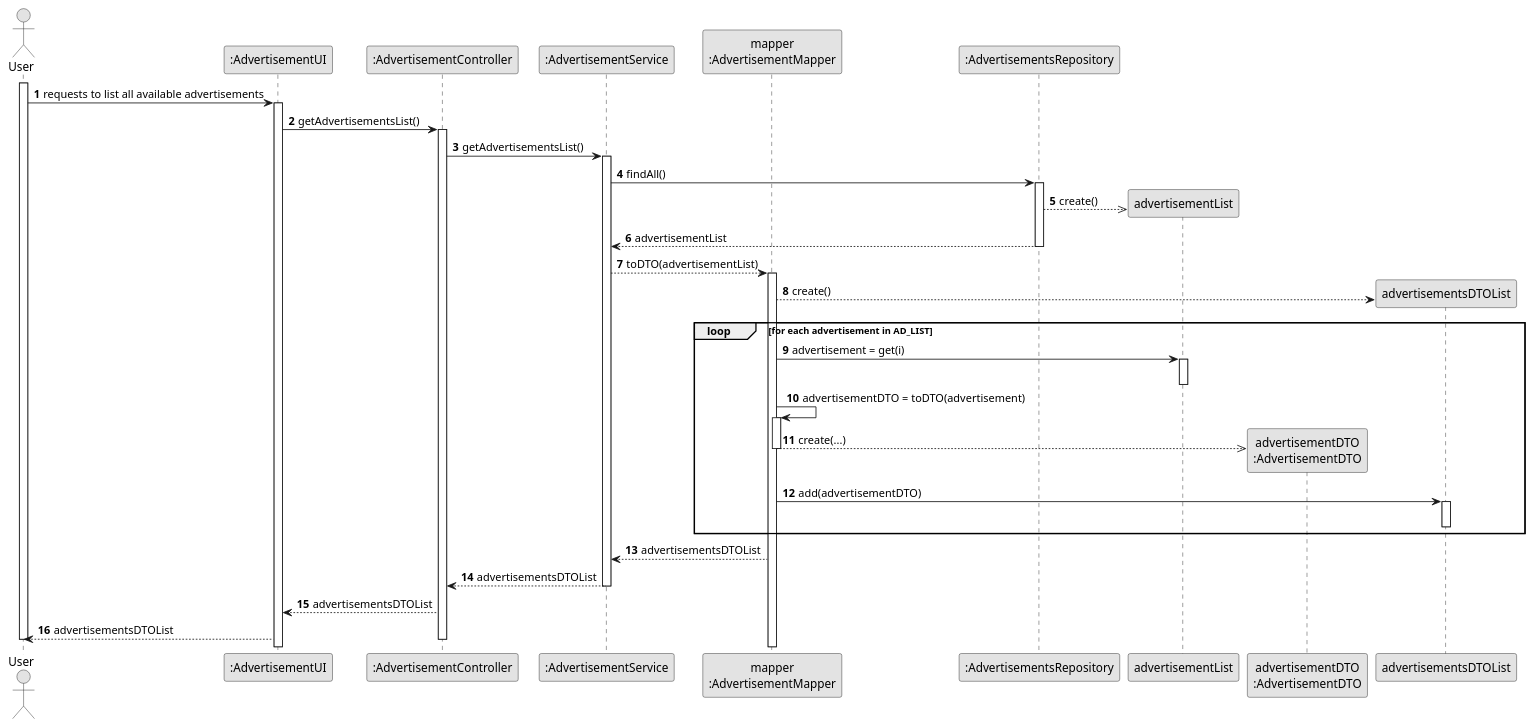
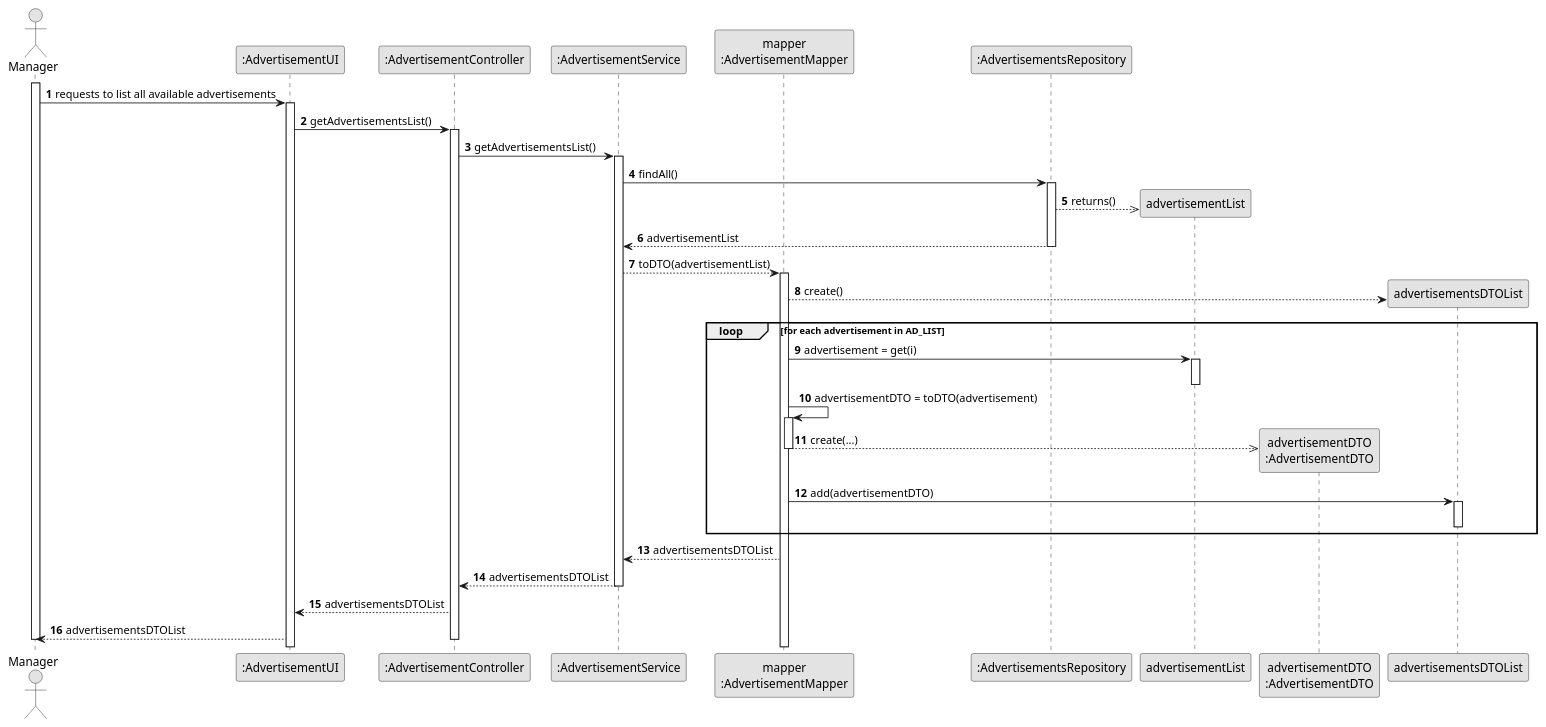
Before and after one commit to vivianeaalmeida/ComeAndGet: the diagram in Docs/US08/03-design/US08-SD.puml, drawn with PlantUML. The commit also changed 11 other files, not shown here.

```diff
--- a/Docs/US08/03-design/US08-SD.puml
+++ b/Docs/US08/03-design/US08-SD.puml
@@ -1,56 +1,56 @@
 @startuml
 skinparam monochrome true
 skinparam packageStyle rectangle
 skinparam shadowing false
 
 autonumber
 
-actor "User" as USER
+actor "Manager" as USER
 participant ":AdvertisementUI" as UI
 participant ":AdvertisementController" as CTRL
 participant ":AdvertisementService" as SERV
 participant "mapper\n:AdvertisementMapper" as MAPPER
 participant ":AdvertisementsRepository" as AD_REPO
 participant "advertisementList" as AD_LIST
 participant "advertisementDTO\n:AdvertisementDTO" as advertisementDTO
 
 
 
 activate USER
 
     USER -> UI : requests to list all available advertisements
     activate UI
         UI -> CTRL : getAdvertisementsList()
         activate CTRL
 
             CTRL -> SERV : getAdvertisementsList()
             activate SERV
 
                 SERV -> AD_REPO : findAll()
                 activate AD_REPO
-                AD_REPO -->> AD_LIST**:create()
+                AD_REPO -->> AD_LIST**:returns()
                 AD_REPO --> SERV : advertisementList
                 deactivate AD_REPO
             SERV --> MAPPER : toDTO(advertisementList)
             activate MAPPER
             MAPPER --> advertisementsDTOList**:create()
             loop for each advertisement in AD_LIST
                 MAPPER -> AD_LIST : advertisement = get(i)
                 activate AD_LIST
                 deactivate AD_LIST
                 MAPPER -> MAPPER : advertisementDTO = toDTO(advertisement)
                 activate MAPPER
                 MAPPER -->> advertisementDTO**:create(...)
                 deactivate MAPPER
                 MAPPER -> advertisementsDTOList :add(advertisementDTO)
                 activate advertisementsDTOList
                 deactivate advertisementsDTOList
             end
             MAPPER --> SERV : advertisementsDTOList
             SERV --> CTRL : advertisementsDTOList
             deactivate SERV
         CTRL --> UI : advertisementsDTOList
         UI --> USER : advertisementsDTOList
         deactivate CTRL
 deactivate USER
 @enduml
```
